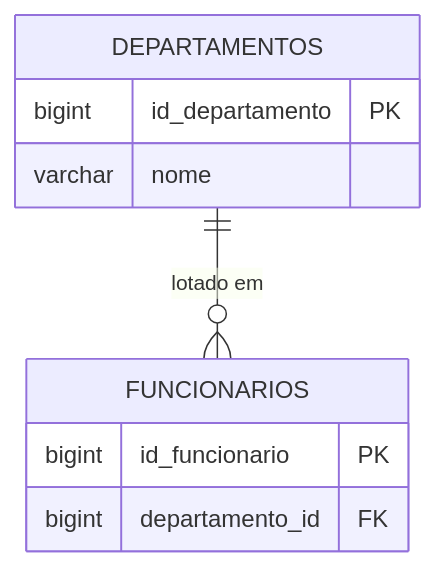
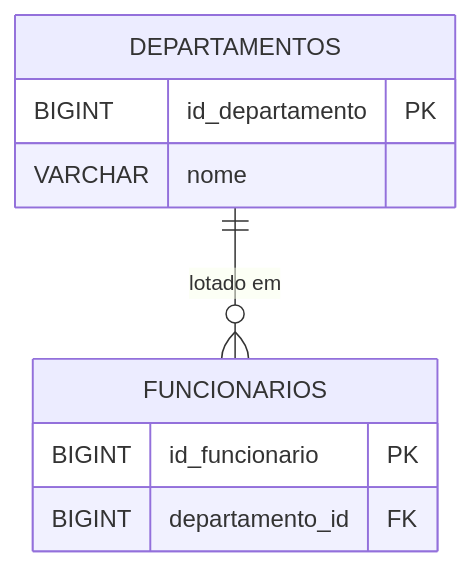
Diagram 18 of 20 in docs/aulas/Aula_01_Revisao_Modelagem_Conceitual.md (DSM-Fatec-Jahu/BDR-DSM-2026-2), drawn with Mermaid before and after one commit. The commit also changed other lines of this file and 2 other files, not shown here.

First line of the commit message:
Padroniza tipos SQL em MAIÚSCULAS nos diagramas (Regra 3)

````diff
--- a/docs/aulas/Aula_01_Revisao_Modelagem_Conceitual.md
+++ b/docs/aulas/Aula_01_Revisao_Modelagem_Conceitual.md
@@ -777,12 +777,12 @@
 ```mermaid
 erDiagram
     DEPARTAMENTOS {
-        bigint id_departamento PK
-        varchar nome
+        BIGINT id_departamento PK
+        VARCHAR nome
     }
     FUNCIONARIOS {
-        bigint id_funcionario PK
-        bigint departamento_id FK
+        BIGINT id_funcionario PK
+        BIGINT departamento_id FK
     }
     DEPARTAMENTOS ||--o{ FUNCIONARIOS : "lotado em"
 ```
````
